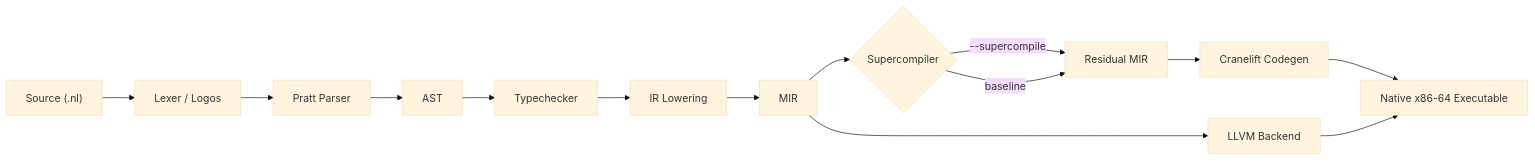
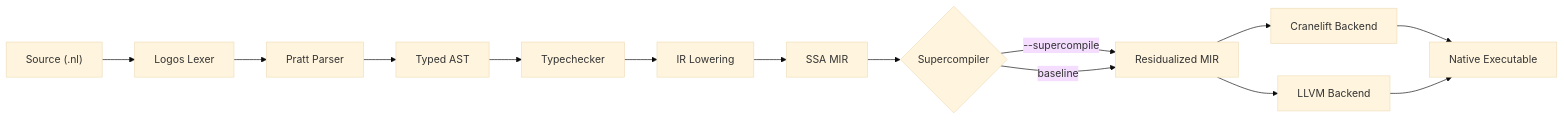
One commit to rajveersinh-is-dev/numlang changed the diagram in README.md. Above: the diagram before and after it, drawn with Mermaid (base theme). The commit also changed other lines of this file and 14 other files, not shown here.

````diff
--- a/README.md
+++ b/README.md
@@ -27,16 +27,16 @@
 ```mermaid
 flowchart LR
-    A["Source (.nl)"] --> B[Lexer / Logos]
+    A["Source (.nl)"] --> B[Logos Lexer]
     B --> C[Pratt Parser]
-    C --> D[AST]
+    C --> D[Typed AST]
     D --> E[Typechecker]
     E --> F[IR Lowering]
-    F --> G[MIR]
+    F --> G[SSA MIR]
     G --> H{Supercompiler}
-    H -->|--supercompile| I[Residual MIR]
+    H -->|--supercompile| I[Residualized MIR]
     H -->|baseline| I
-    I --> J[Cranelift Codegen]
-    J --> K[Native x86-64 Executable]
-    G --> L[LLVM Backend]
-    L --> K
+    I --> J[Cranelift Backend]
+    I --> K[LLVM Backend]
+    J --> L[Native Executable]
+    K --> L
 ```
````
